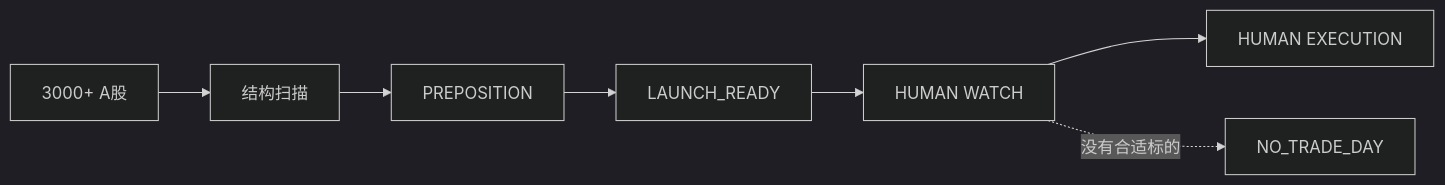
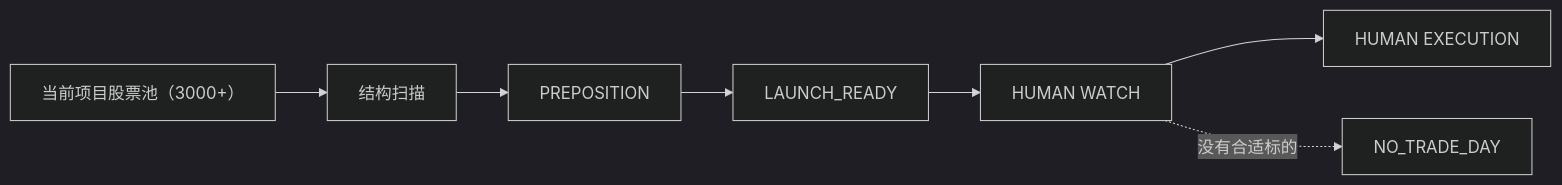
The diagram in README.md (Luke808real/a-share-limit-pullback), drawn with Mermaid (dark theme) before and after one commit. The commit also changed other lines of this file, not shown here.

````diff
--- a/README.md
+++ b/README.md
@@ -34,9 +35,9 @@
 ```mermaid
 flowchart LR
-    A[3000+ A股] --> B[结构扫描]
+    A[当前项目股票池（3000+）] --> B[结构扫描]
     B --> C[PREPOSITION]
     C --> D[LAUNCH_READY]
     D --> E[HUMAN WATCH]
     E --> F[HUMAN EXECUTION]
     E -. 没有合适标的 .-> G[NO_TRADE_DAY]
 ```
````
